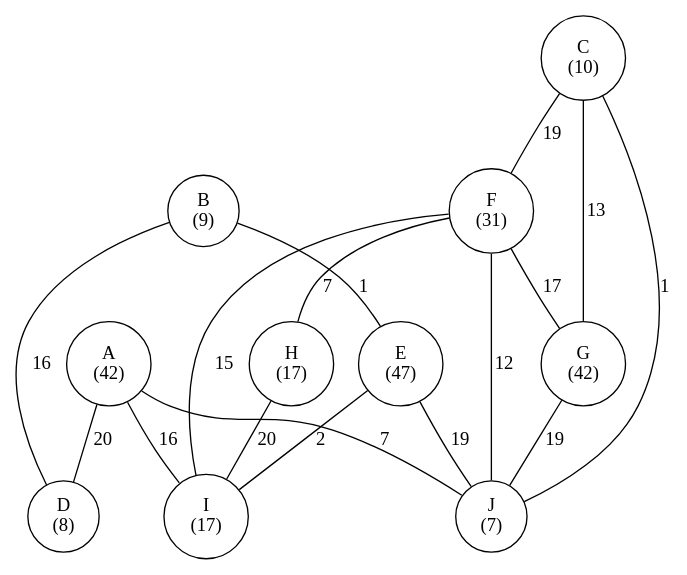
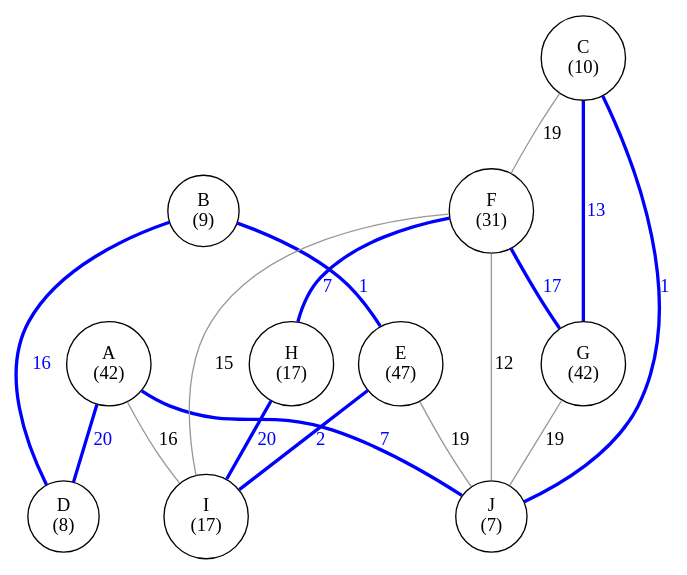
Before and after one commit to VinciG39/Graphs: the diagram in output/graph2.dot, drawn with Graphviz. The commit also changed 6 other files, not shown here.

```diff
--- a/output/graph2.dot
+++ b/output/graph2.dot
@@ -1,45 +1,29 @@
 strict graph G {
     node [shape=circle];
     0 [label="A\n(42)"];
     1 [label="B\n(9)"];
     2 [label="C\n(10)"];
     3 [label="D\n(8)"];
     4 [label="E\n(47)"];
     5 [label="F\n(31)"];
     6 [label="G\n(42)"];
     7 [label="H\n(17)"];
     8 [label="I\n(17)"];
     9 [label="J\n(7)"];
-    0 -- 3 [label="20"];
-    0 -- 8 [label="16"];
-    0 -- 9 [label="7"];
-    1 -- 3 [label="16"];
-    1 -- 4 [label="1"];
-    2 -- 5 [label="19"];
-    2 -- 6 [label="13"];
-    2 -- 9 [label="1"];
-    3 -- 0 [label="20"];
-    3 -- 1 [label="16"];
-    4 -- 1 [label="1"];
-    4 -- 8 [label="2"];
-    4 -- 9 [label="19"];
-    5 -- 2 [label="19"];
-    5 -- 6 [label="17"];
-    5 -- 7 [label="7"];
-    5 -- 8 [label="15"];
-    5 -- 9 [label="12"];
-    6 -- 2 [label="13"];
-    6 -- 5 [label="17"];
-    6 -- 9 [label="19"];
-    7 -- 5 [label="7"];
-    7 -- 8 [label="20"];
-    8 -- 0 [label="16"];
-    8 -- 4 [label="2"];
-    8 -- 5 [label="15"];
-    8 -- 7 [label="20"];
-    9 -- 0 [label="7"];
-    9 -- 2 [label="1"];
-    9 -- 4 [label="19"];
-    9 -- 5 [label="12"];
-    9 -- 6 [label="19"];
+    0 -- 3 [label="20", color="blue", penwidth=2.5, fontcolor="blue"];
+    0 -- 8 [label="16", color="gray60"];
+    0 -- 9 [label="7", color="blue", penwidth=2.5, fontcolor="blue"];
+    1 -- 3 [label="16", color="blue", penwidth=2.5, fontcolor="blue"];
+    1 -- 4 [label="1", color="blue", penwidth=2.5, fontcolor="blue"];
+    2 -- 5 [label="19", color="gray60"];
+    2 -- 6 [label="13", color="blue", penwidth=2.5, fontcolor="blue"];
+    2 -- 9 [label="1", color="blue", penwidth=2.5, fontcolor="blue"];
+    4 -- 8 [label="2", color="blue", penwidth=2.5, fontcolor="blue"];
+    4 -- 9 [label="19", color="gray60"];
+    5 -- 6 [label="17", color="blue", penwidth=2.5, fontcolor="blue"];
+    5 -- 7 [label="7", color="blue", penwidth=2.5, fontcolor="blue"];
+    5 -- 8 [label="15", color="gray60"];
+    5 -- 9 [label="12", color="gray60"];
+    6 -- 9 [label="19", color="gray60"];
+    7 -- 8 [label="20", color="blue", penwidth=2.5, fontcolor="blue"];
 }
```
